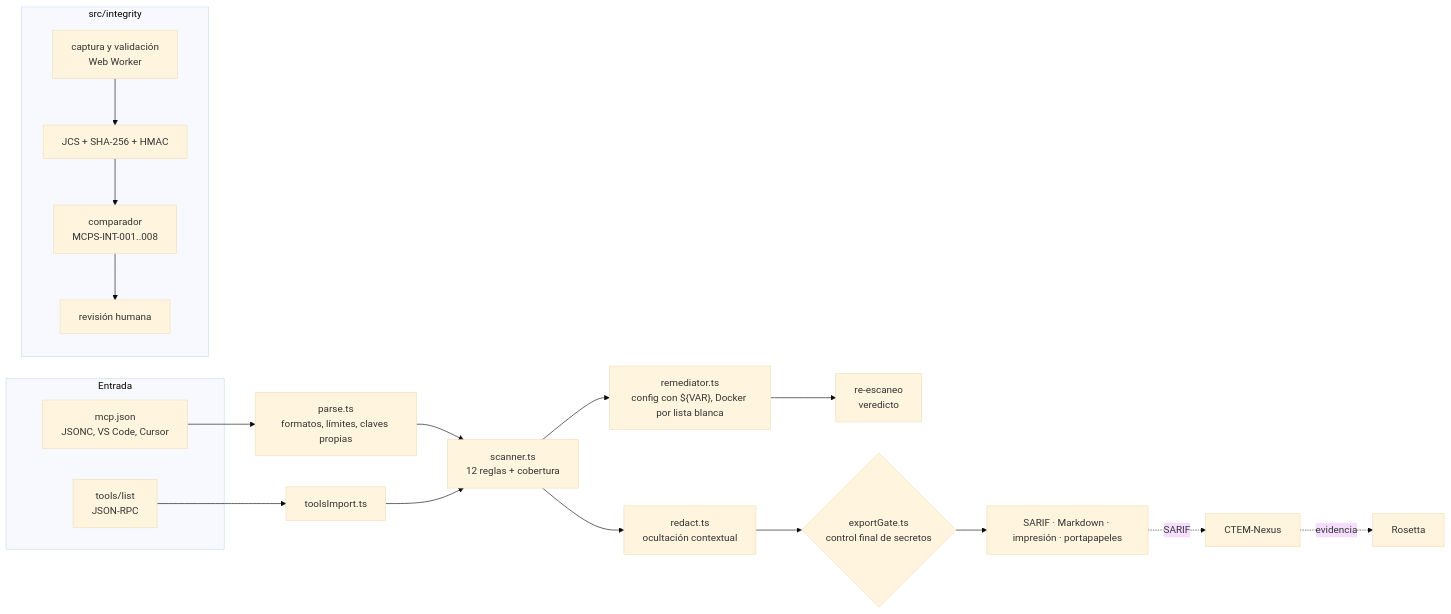
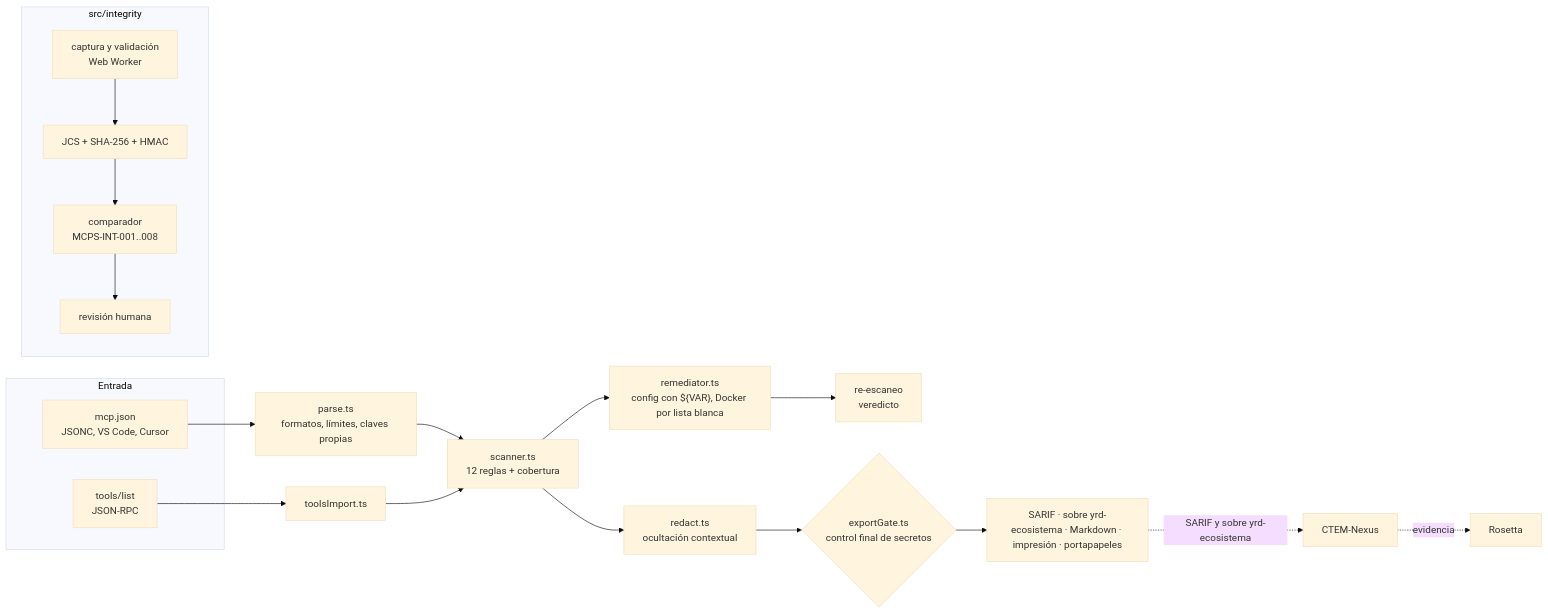
One commit to heindall92/mcp-shield changed the second of 2 diagrams in README.md. Above: the diagram before and after it, drawn with Mermaid (base theme). The commit also changed other lines of this file and 18 other files, not shown here.

First line of the commit message:
MCP-Shield entra en el ecosistema GRC: sobre yrd-ecosistema para CTEM-Nexus (1.6.0)

````diff
--- a/README.md
+++ b/README.md
@@ -252,20 +252,20 @@
 ```mermaid
 flowchart LR
     subgraph IN[Entrada]
       J[mcp.json<br/>JSONC, VS Code, Cursor]
       TL[tools/list<br/>JSON-RPC]
     end
     J --> P[parse.ts<br/>formatos, límites, claves propias]
     TL --> M[toolsImport.ts]
     P --> S[scanner.ts<br/>12 reglas + cobertura]
     M --> S
     S --> R[redact.ts<br/>ocultación contextual]
     S --> H["remediator.ts<br/>config con ${VAR}, Docker por lista blanca"]
     H --> V[re-escaneo<br/>veredicto]
     R --> G{exportGate.ts<br/>control final de secretos}
-    G --> O[SARIF · Markdown · impresión · portapapeles]
-    O -. SARIF .-> CN[CTEM-Nexus] -. evidencia .-> RO[Rosetta]
+    G --> O[SARIF · sobre yrd-ecosistema · Markdown · impresión · portapapeles]
+    O -. SARIF y sobre yrd-ecosistema .-> CN[CTEM-Nexus] -. evidencia .-> RO[Rosetta]
     subgraph INT[src/integrity]
       C[captura y validación<br/>Web Worker] --> F[JCS + SHA-256 + HMAC] --> D[comparador<br/>MCPS-INT-001..008] --> RV[revisión humana]
     end
 ```
````
